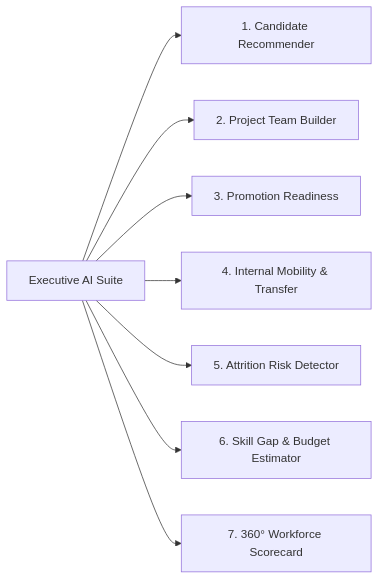
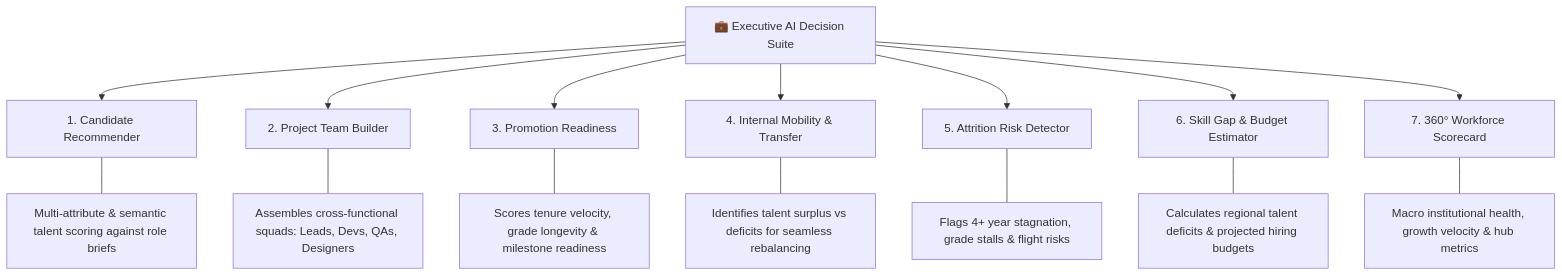
The third of 5 diagrams in README.md (JEEVANPRANAVRAVIKUMAR/v2-HR-copilot), drawn with Mermaid before and after one commit. The commit also changed other lines of this file and 3 other files, not shown here.

Commit message:
docs: enhanced enterprise README, multi-agent DAG architecture, and QA benchmark documentation

````diff
--- a/README.md
+++ b/README.md
@@ -109,10 +163,18 @@
 ```mermaid
-flowchart LR
-    A[Executive AI Suite] --> B[1. Candidate Recommender]
-    A --> C[2. Project Team Builder]
-    A --> D[3. Promotion Readiness]
-    A --> E[4. Internal Mobility & Transfer]
-    A --> F[5. Attrition Risk Detector]
-    A --> G[6. Skill Gap & Budget Estimator]
-    A --> H[7. 360° Workforce Scorecard]
+flowchart TD
+    ExecSuite[💼 Executive AI Decision Suite] --> E1[1. Candidate Recommender]
+    ExecSuite --> E2[2. Project Team Builder]
+    ExecSuite --> E3[3. Promotion Readiness]
+    ExecSuite --> E4[4. Internal Mobility & Transfer]
+    ExecSuite --> E5[5. Attrition Risk Detector]
+    ExecSuite --> E6[6. Skill Gap & Budget Estimator]
+    ExecSuite --> E7[7. 360° Workforce Scorecard]
+
+    E1 --- D1[Multi-attribute & semantic talent scoring against role briefs]
+    E2 --- D2[Assembles cross-functional squads: Leads, Devs, QAs, Designers]
+    E3 --- D3[Scores tenure velocity, grade longevity & milestone readiness]
+    E4 --- D4[Identifies talent surplus vs deficits for seamless rebalancing]
+    E5 --- D5[Flags 4+ year stagnation, grade stalls & flight risks]
+    E6 --- D6[Calculates regional talent deficits & projected hiring budgets]
+    E7 --- D7[Macro institutional health, growth velocity & hub metrics]
 ```
````
